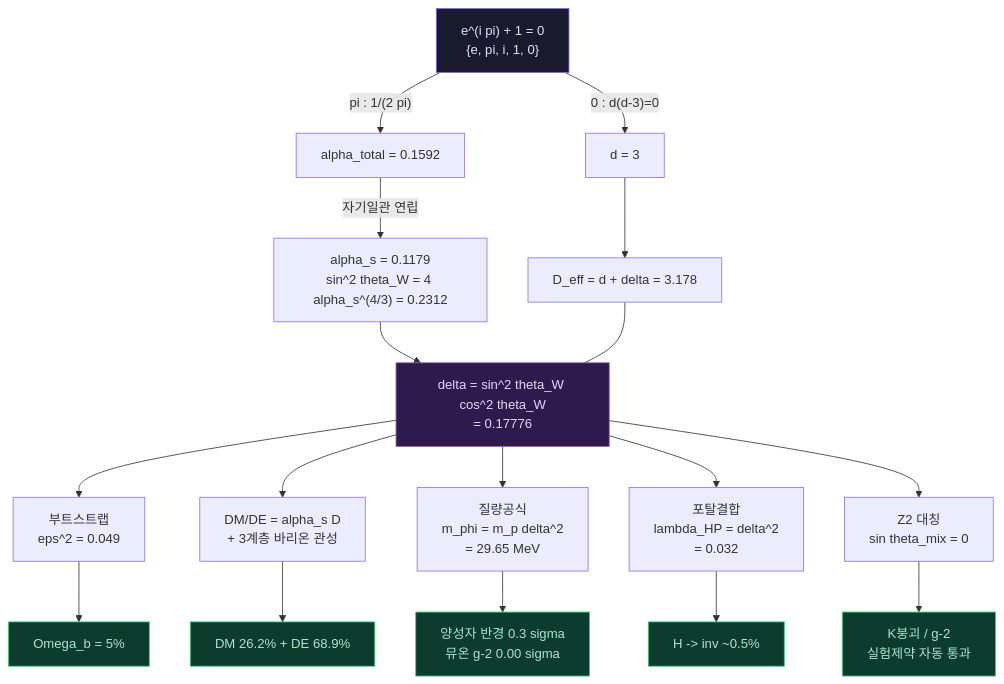
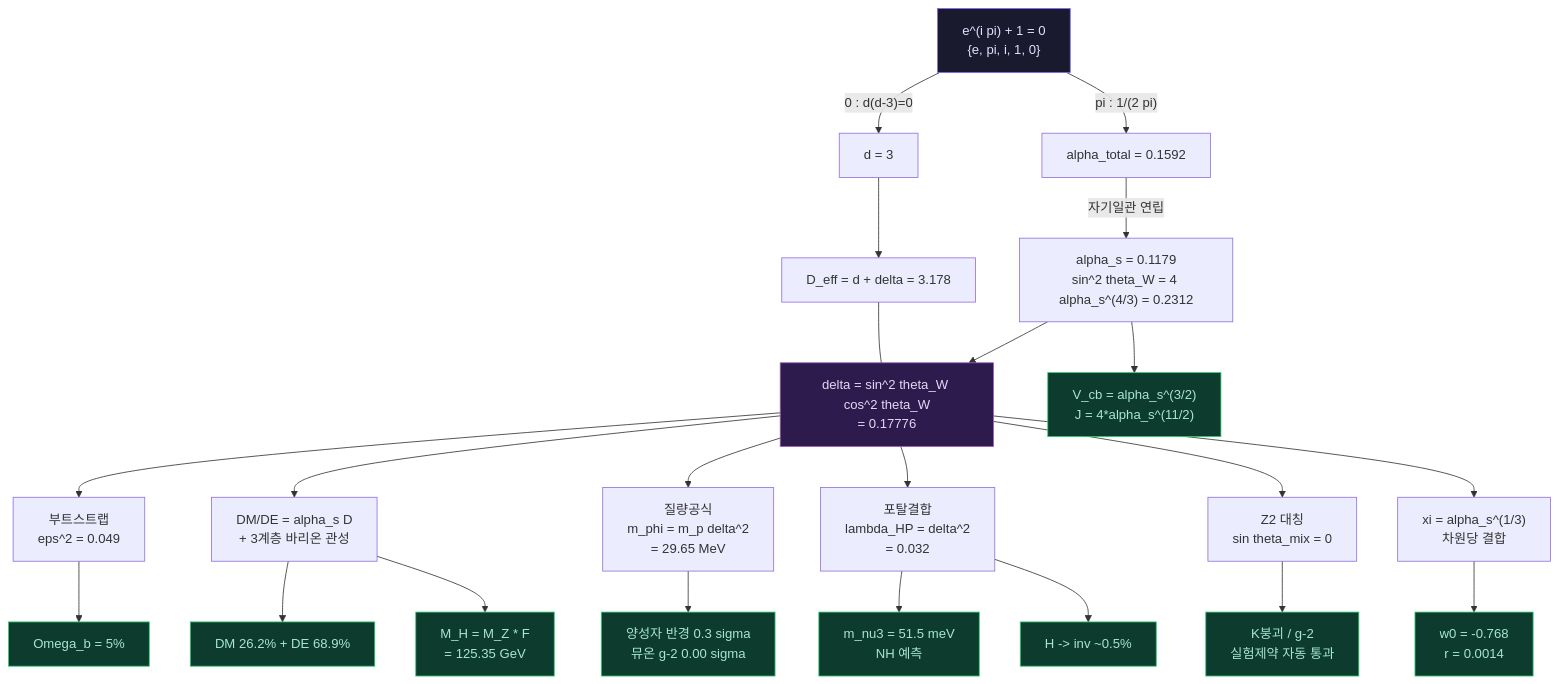
One commit to jigglypop/CE-BRAIN changed the diagram in README.md. Above: the diagram before and after it, drawn with Mermaid. The commit also changed other lines of this file, not shown here.

````diff
--- a/README.md
+++ b/README.md
@@ -76,33 +168,42 @@
 ```mermaid
 graph TD
     E["e^(i pi) + 1 = 0<br/>{e, pi, i, 1, 0}"]
 
     E -->|"0 : d(d-3)=0"| D["d = 3"]
     E -->|"pi : 1/(2 pi)"| A["alpha_total = 0.1592"]
 
     A -->|"자기일관 연립"| AS["alpha_s = 0.1179<br/>sin^2 theta_W = 4 alpha_s^(4/3) = 0.2312"]
 
     D --> DEFF["D_eff = d + delta = 3.178"]
     AS --> DELTA["delta = sin^2 theta_W cos^2 theta_W<br/>= 0.17776"]
     DEFF --- DELTA
 
     DELTA --> BS["부트스트랩<br/>eps^2 = 0.049"]
     DELTA --> QCD["DM/DE = alpha_s D<br/>+ 3계층 바리온 관성"]
     DELTA --> MASS["질량공식<br/>m_phi = m_p delta^2<br/>= 29.65 MeV"]
     DELTA --> HP["포탈결합<br/>lambda_HP = delta^2<br/>= 0.032"]
     DELTA --> Z2["Z2 대칭<br/>sin theta_mix = 0"]
+    DELTA --> XI["xi = alpha_s^(1/3)<br/>차원당 결합"]
 
     BS --> OB["Omega_b = 5%"]
     QCD --> DM["DM 26.2% + DE 68.9%"]
+    QCD --> MH["M_H = M_Z * F<br/>= 125.35 GeV"]
     MASS --> PR["양성자 반경 0.3 sigma<br/>뮤온 g-2 0.00 sigma"]
+    HP --> NU["m_nu3 = 51.5 meV<br/>NH 예측"]
     HP --> HI["H -> inv ~0.5%"]
     Z2 --> EXP["K붕괴 / g-2<br/>실험제약 자동 통과"]
+    XI --> W0["w0 = -0.768<br/>r = 0.0014"]
+    AS --> CKM["V_cb = alpha_s^(3/2)<br/>J = 4*alpha_s^(11/2)"]
 
     style E fill:#1a1a2e,color:#e0e0ff,stroke:#7b68ee
     style DELTA fill:#2d1b4e,color:#e8d5f5,stroke:#9b59b6
     style OB fill:#0d3b2e,color:#a8e6cf,stroke:#2ecc71
     style DM fill:#0d3b2e,color:#a8e6cf,stroke:#2ecc71
+    style MH fill:#0d3b2e,color:#a8e6cf,stroke:#2ecc71
     style PR fill:#0d3b2e,color:#a8e6cf,stroke:#2ecc71
+    style NU fill:#0d3b2e,color:#a8e6cf,stroke:#2ecc71
     style HI fill:#0d3b2e,color:#a8e6cf,stroke:#2ecc71
     style EXP fill:#0d3b2e,color:#a8e6cf,stroke:#2ecc71
+    style W0 fill:#0d3b2e,color:#a8e6cf,stroke:#2ecc71
+    style CKM fill:#0d3b2e,color:#a8e6cf,stroke:#2ecc71
 ```
````
